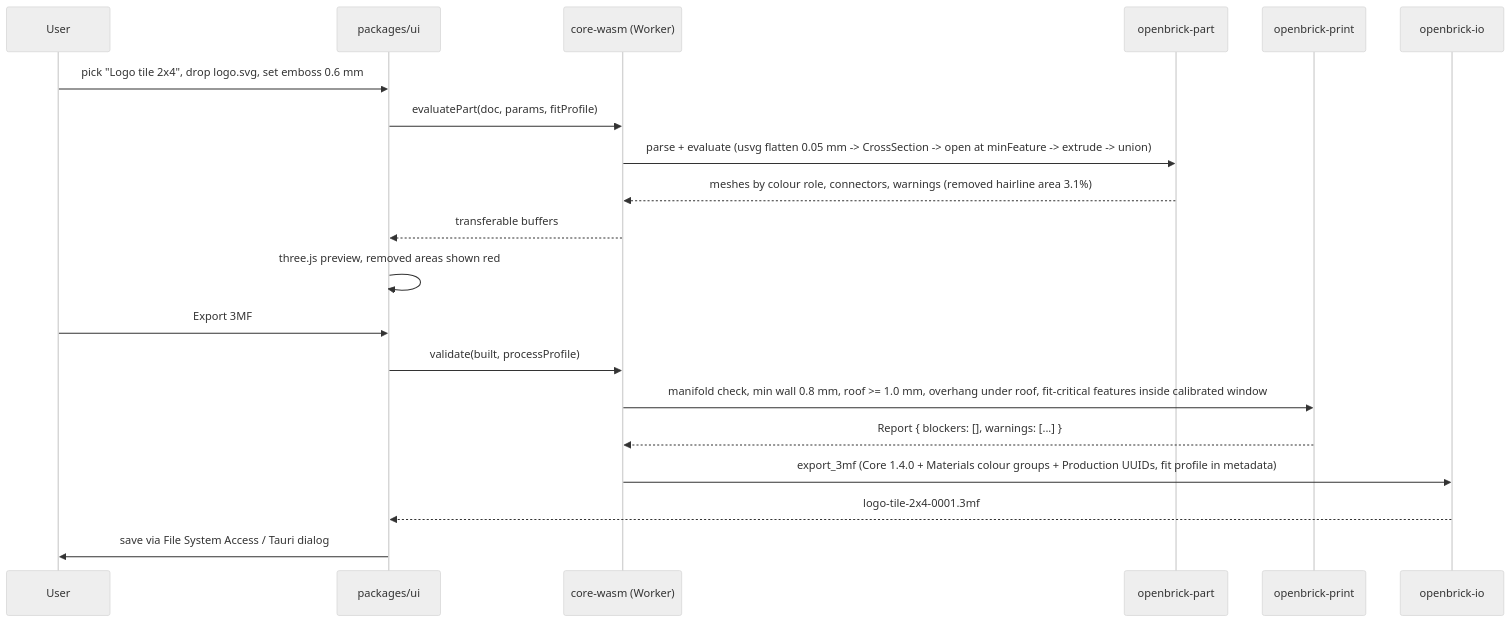
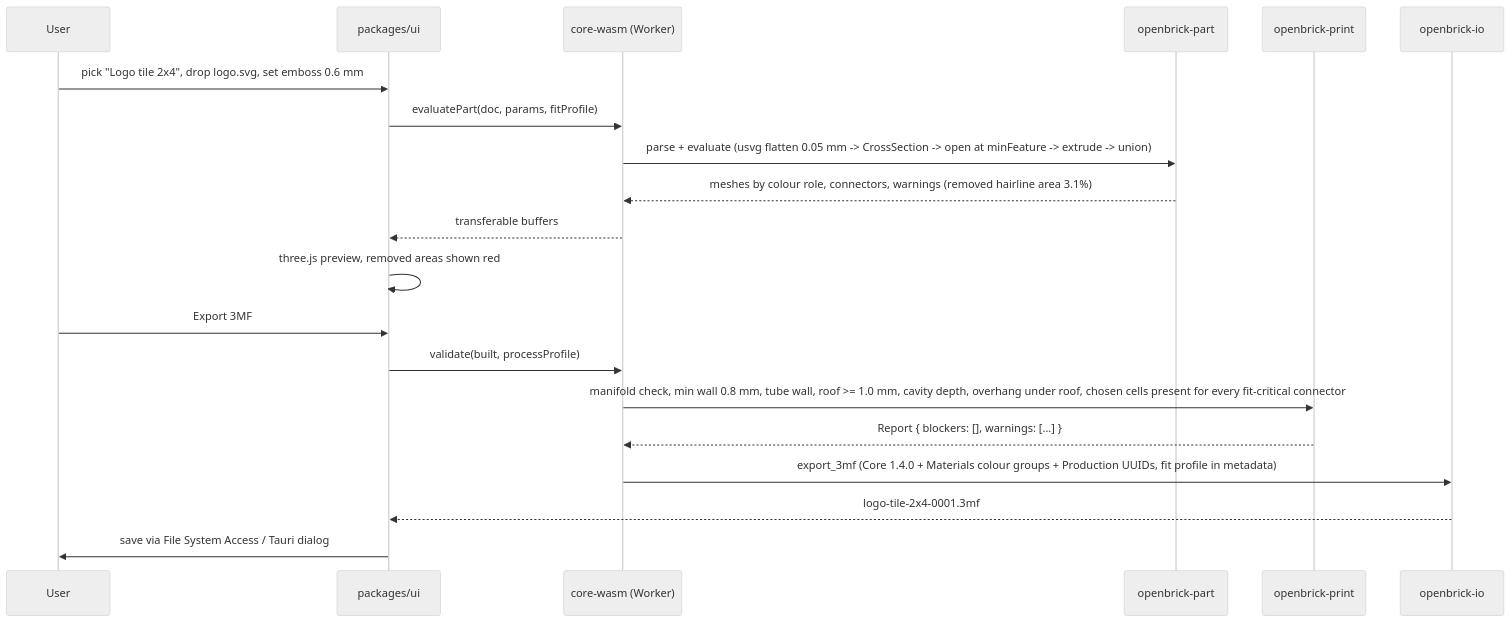
The second of 3 diagrams in docs/plan/02-architecture.md (NeuralDEEPnet/openBrick), drawn with Mermaid (neutral theme) before and after one commit. The commit also changed other lines of this file and 6 other files, not shown here.

First line of the commit message:
docs(plan): apply print review: pocket calibration row, tube-wall and cavity rules, plate fillet cap, inlay export fix, per-type fit checks

````diff
--- a/docs/plan/02-architecture.md
+++ b/docs/plan/02-architecture.md
@@ -84,22 +84,22 @@
 ```mermaid
 sequenceDiagram
   participant U as User
   participant UI as packages/ui
   participant W as core-wasm (Worker)
   participant P as openbrick-part
   participant PR as openbrick-print
   participant IO as openbrick-io
   U->>UI: pick "Logo tile 2x4", drop logo.svg, set emboss 0.6 mm
   UI->>W: evaluatePart(doc, params, fitProfile)
   W->>P: parse + evaluate (usvg flatten 0.05 mm -> CrossSection -> open at minFeature -> extrude -> union)
   P-->>W: meshes by colour role, connectors, warnings (removed hairline area 3.1%)
   W-->>UI: transferable buffers
   UI->>UI: three.js preview, removed areas shown red
   U->>UI: Export 3MF
   UI->>W: validate(built, processProfile)
-  W->>PR: manifold check, min wall 0.8 mm, roof >= 1.0 mm, overhang under roof, fit-critical features inside calibrated window
+  W->>PR: manifold check, min wall 0.8 mm, tube wall, roof >= 1.0 mm, cavity depth, overhang under roof, chosen cells present for every fit-critical connector
   PR-->>W: Report { blockers: [], warnings: [...] }
   W->>IO: export_3mf (Core 1.4.0 + Materials colour groups + Production UUIDs, fit profile in metadata)
   IO-->>UI: logo-tile-2x4-0001.3mf
   UI->>U: save via File System Access / Tauri dialog
 ```
````
